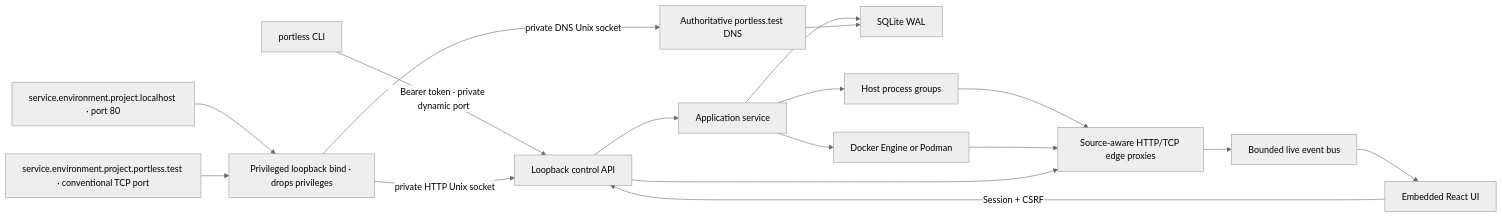
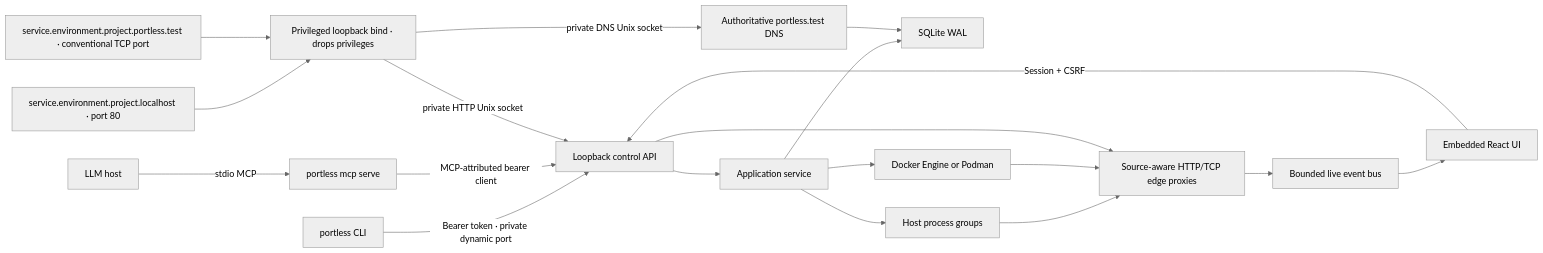
Before and after one commit to runportless/portless: the diagram in README.md, drawn with Mermaid (neutral theme). The commit also changed other lines of this file and 69 other files, not shown here.

````diff
--- a/README.md
+++ b/README.md
@@ -367,19 +401,21 @@
 ```mermaid
 flowchart LR
   CLI["portless CLI"] -->|"Bearer token · private dynamic port"| API["Loopback control API"]
+  HOST["LLM host"] -->|"stdio MCP"| MCP["portless mcp serve"]
+  MCP -->|"MCP-attributed bearer client"| API
   UI["Embedded React UI"] -->|"Session + CSRF"| API
   API --> APP["Application service"]
   APP --> DB["SQLite WAL"]
   APP --> PROC["Host process groups"]
   APP --> CR["Docker Engine or Podman"]
   PROC --> PROXY["Source-aware HTTP/TCP edge proxies"]
   CR --> PROXY
   HTTP["service.environment.project.localhost · port 80"] --> RELAY["Privileged loopback bind · drops privileges"]
   DNS["service.environment.project.portless.test · conventional TCP port"] --> RELAY
   RELAY -->|"private HTTP Unix socket"| API
   RELAY -->|"private DNS Unix socket"| DNSD["Authoritative portless.test DNS"]
   DNSD --> DB
   API --> PROXY
   PROXY --> BUS["Bounded live event bus"]
   BUS --> UI
 ```
````
